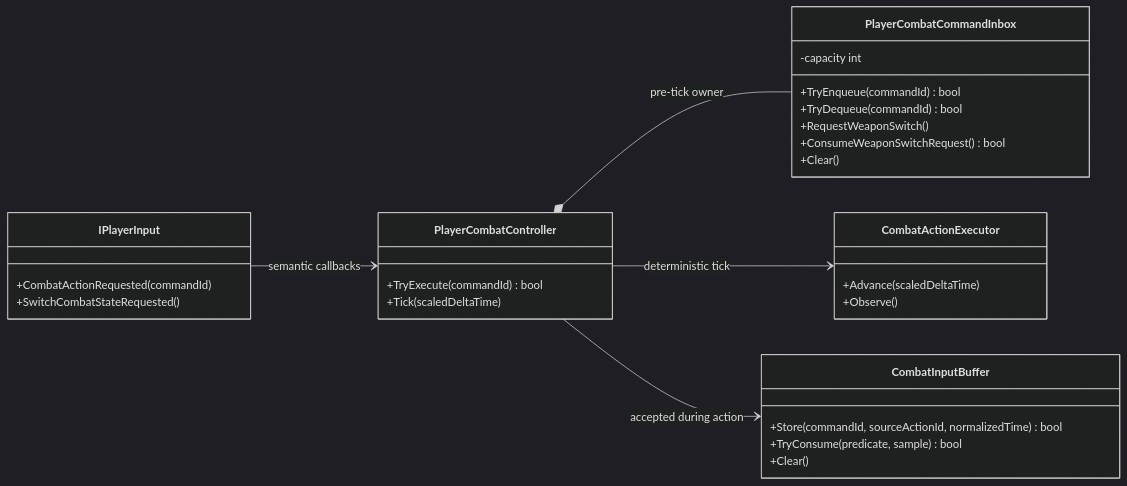
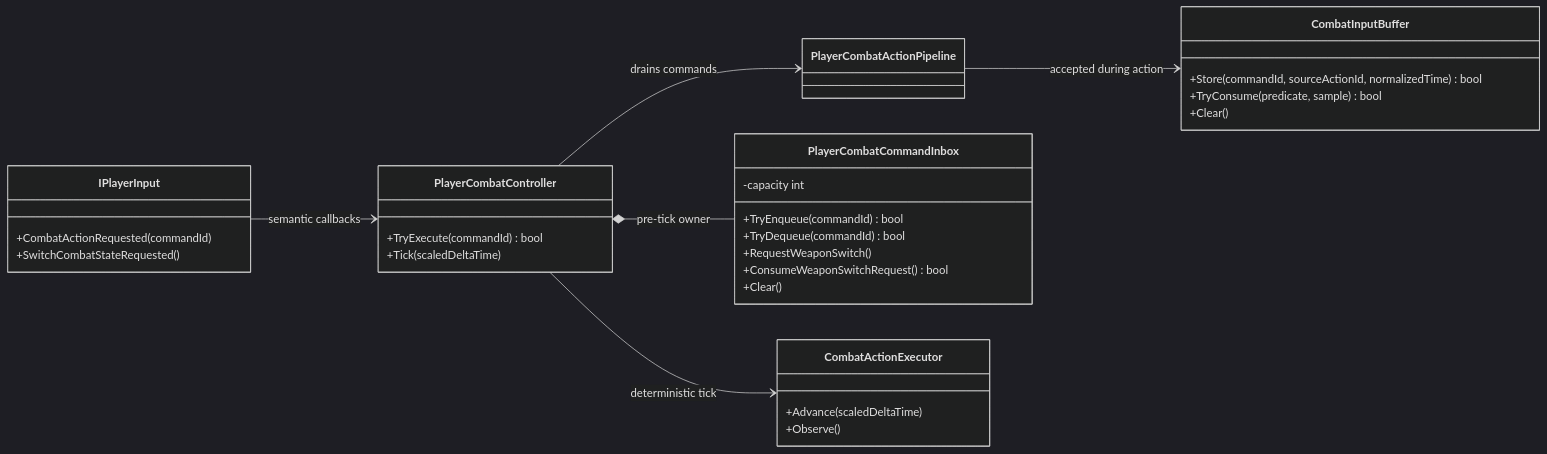
One commit to MaximFonariuc/project-s changed the diagram in Docs/Architecture/Combat.CommandInbox.md. Above: the diagram before and after it, drawn with Mermaid (dark theme). The commit also changed other lines of this file and 13 other files, not shown here.

Commit message:
refactor(combat): extract action execution pipeline

````diff
--- a/Docs/Architecture/Combat.CommandInbox.md
+++ b/Docs/Architecture/Combat.CommandInbox.md
@@ -11,35 +11,37 @@
 ```mermaid
 classDiagram
     direction LR
 
     class IPlayerInput {
         +CombatActionRequested(commandId)
         +SwitchCombatStateRequested()
     }
     class PlayerCombatController {
         +TryExecute(commandId) bool
         +Tick(scaledDeltaTime)
     }
+    class PlayerCombatActionPipeline
     class PlayerCombatCommandInbox {
         -capacity int
         +TryEnqueue(commandId) bool
         +TryDequeue(commandId) bool
         +RequestWeaponSwitch()
         +ConsumeWeaponSwitchRequest() bool
         +Clear()
     }
     class CombatInputBuffer {
         +Store(commandId, sourceActionId, normalizedTime) bool
         +TryConsume(predicate, sample) bool
         +Clear()
     }
     class CombatActionExecutor {
         +Advance(scaledDeltaTime)
         +Observe()
     }
 
     IPlayerInput --> PlayerCombatController : semantic callbacks
     PlayerCombatController *-- PlayerCombatCommandInbox : pre-tick owner
     PlayerCombatController --> CombatActionExecutor : deterministic tick
-    PlayerCombatController --> CombatInputBuffer : accepted during action
+    PlayerCombatController --> PlayerCombatActionPipeline : drains commands
+    PlayerCombatActionPipeline --> CombatInputBuffer : accepted during action
 ```
````
